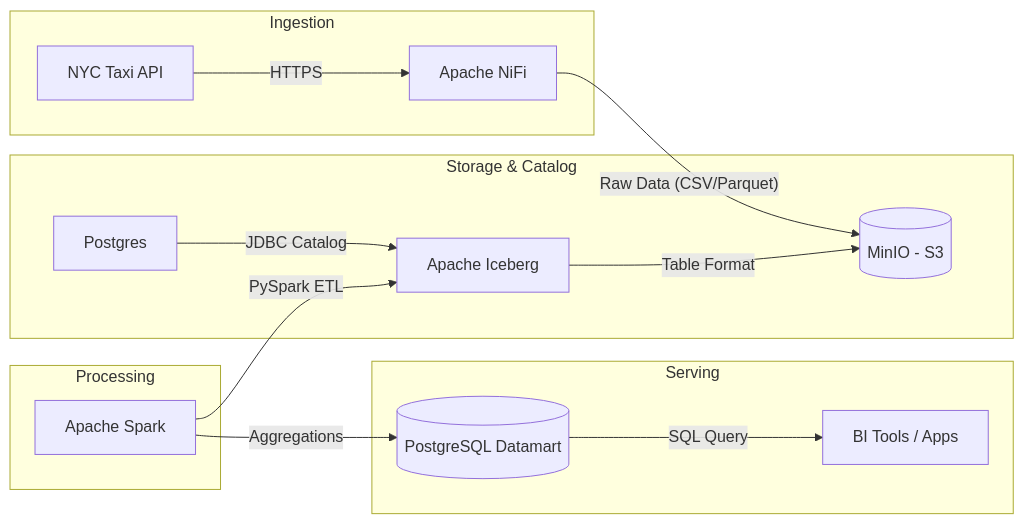
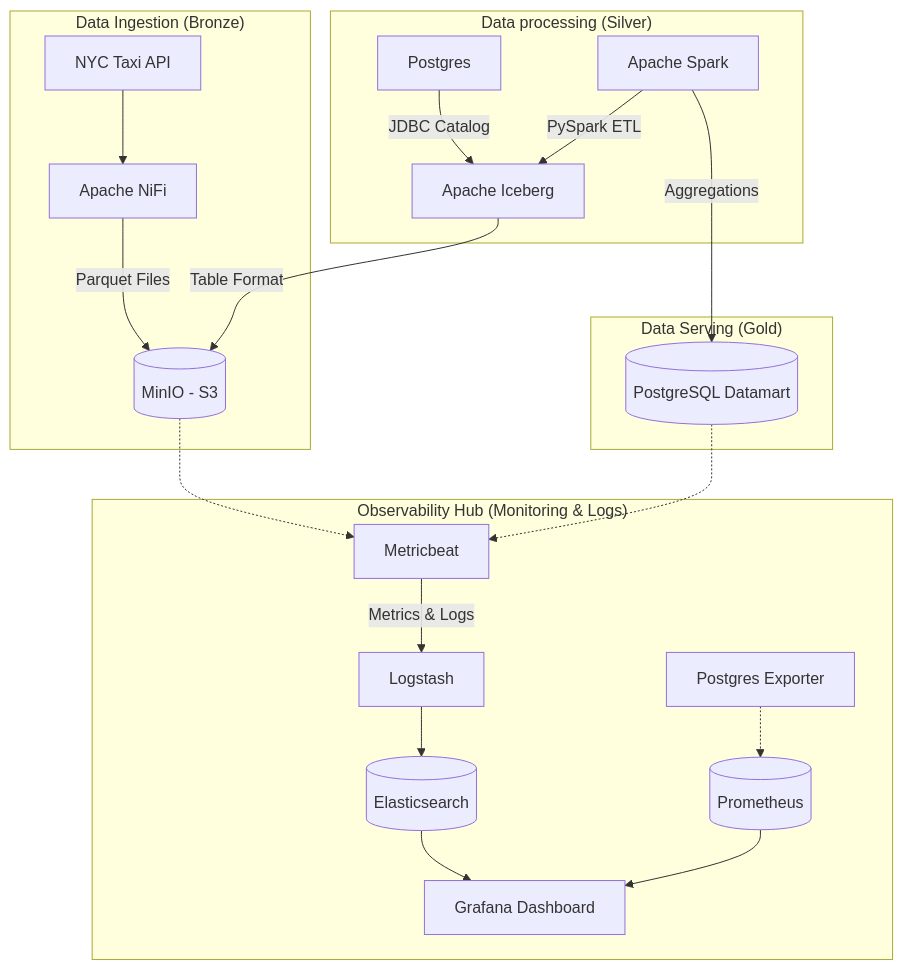
The diagram in README.md (thibaut7/modern_lakehouse), drawn with Mermaid before and after one commit. The commit also changed other lines of this file, not shown here.

Commit message:
docs: Update README to detail full-stack observability integration using ELK, Prometheus, and Grafana, and expand the architecture diagram.

````diff
--- a/README.md
+++ b/README.md
@@ -9,21 +9,27 @@
 ```mermaid
-graph LR
-    subgraph Ingestion
-        A[NYC Taxi API] -- HTTPS --> B[Apache NiFi]
+graph TD
+    subgraph "Data Ingestion (Bronze)"
+        A[NYC Taxi API] --> B[Apache NiFi]
+        B -- Parquet Files --> C[(MinIO - S3)]
     end
     
-    subgraph Storage & Catalog
-        B -- Raw Data (CSV/Parquet) --> C[(MinIO - S3)]
+    subgraph "Data processing (Silver)"
         D[Apache Iceberg] -- Table Format --> C
         E[Postgres] -- JDBC Catalog --> D
-    end
-    
-    subgraph Processing
         F[Apache Spark] -- PySpark ETL --> D
     end
     
-    subgraph Serving
+    subgraph "Data Serving (Gold)"
         F -- Aggregations --> G[(PostgreSQL Datamart)]
-        G -- SQL Query --> H[BI Tools / Apps]
+    end
+
+    subgraph "Observability Hub (Monitoring & Logs)"
+        H[Metricbeat] -- Metrics & Logs --> I[Logstash]
+        I --> J[(Elasticsearch)]
+        K[Postgres Exporter] -.-> L[(Prometheus)]
+        J --> M[Grafana Dashboard]
+        L --> M
+        C -.-> H
+        G -.-> H
     end
 ```
````
